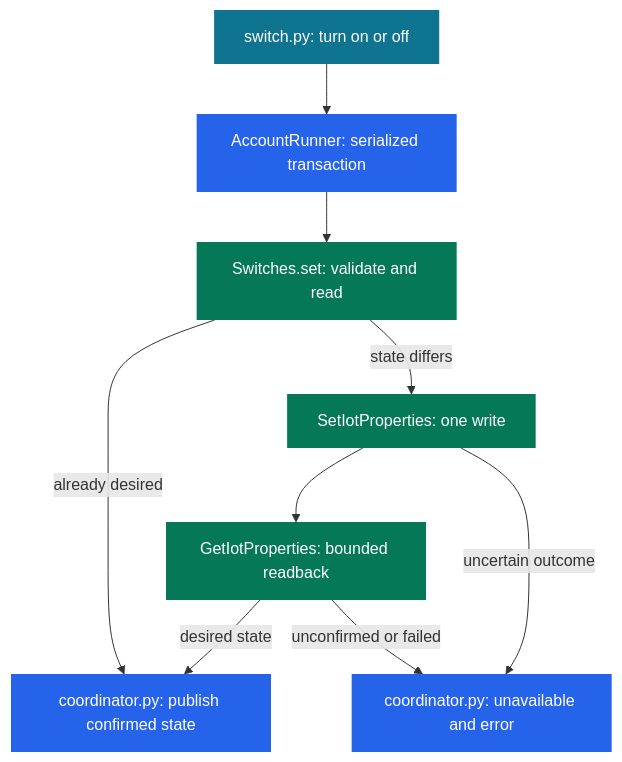
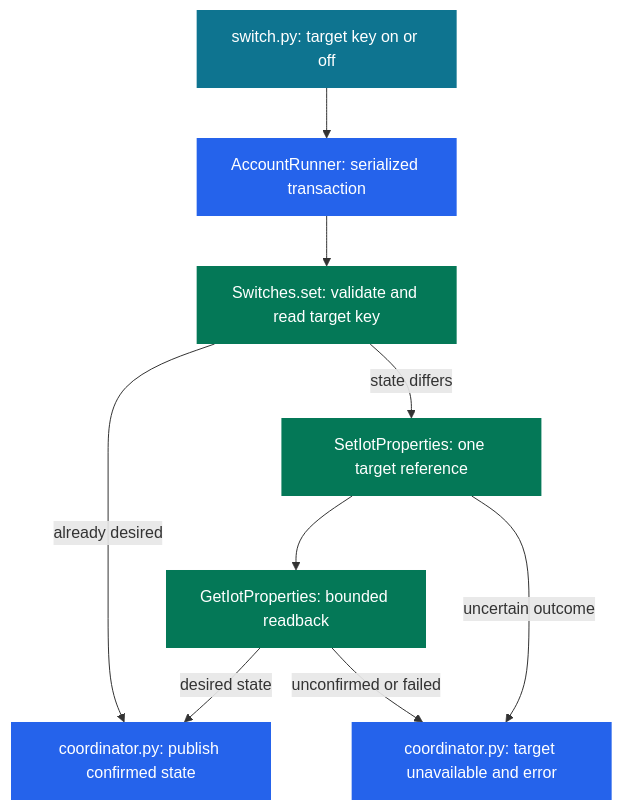
One commit to FidelisClayton/ha-intelbras-mibo changed the second of 2 diagrams in docs/protocol.md. Above: the diagram before and after it, drawn with Mermaid. The commit also changed other lines of this file and 4 other files, not shown here.

````diff
--- a/docs/protocol.md
+++ b/docs/protocol.md
@@ -106,17 +123,17 @@
 ```mermaid
 flowchart TB
-  S[switch.py: turn on or off] --> R[AccountRunner: serialized transaction]
-  R --> V[Switches.set: validate and read]
+  S[switch.py: target key on or off] --> R[AccountRunner: serialized transaction]
+  R --> V[Switches.set: validate and read target key]
   V -->|already desired| OK[coordinator.py: publish confirmed state]
-  V -->|state differs| W[SetIotProperties: one write]
+  V -->|state differs| W[SetIotProperties: one target reference]
   W --> B[GetIotProperties: bounded readback]
   B -->|desired state| OK
-  W -->|uncertain outcome| E[coordinator.py: unavailable and error]
+  W -->|uncertain outcome| E[coordinator.py: target unavailable and error]
   B -->|unconfirmed or failed| E
   class S frontend
   class R,OK,E controller
   class V,W,B model
   classDef controller fill:#2563eb,color:#fff,stroke:none
   classDef model fill:#047857,color:#fff,stroke:none
   classDef frontend fill:#0e7490,color:#fff,stroke:none
 ```
````
